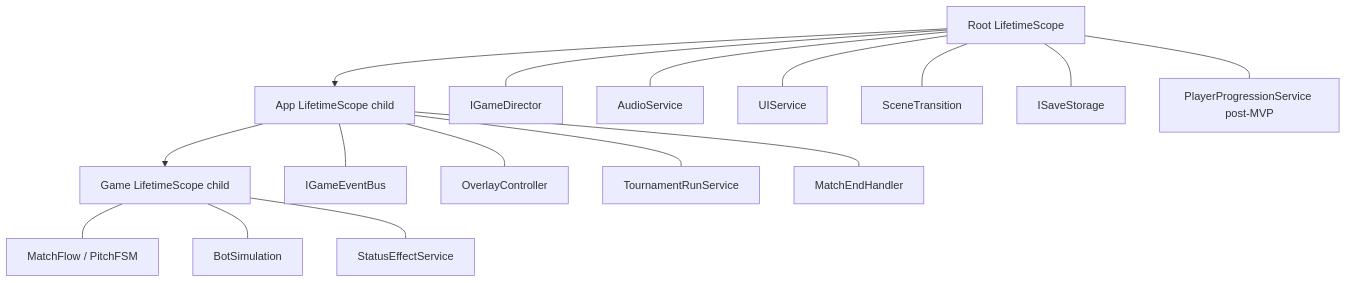
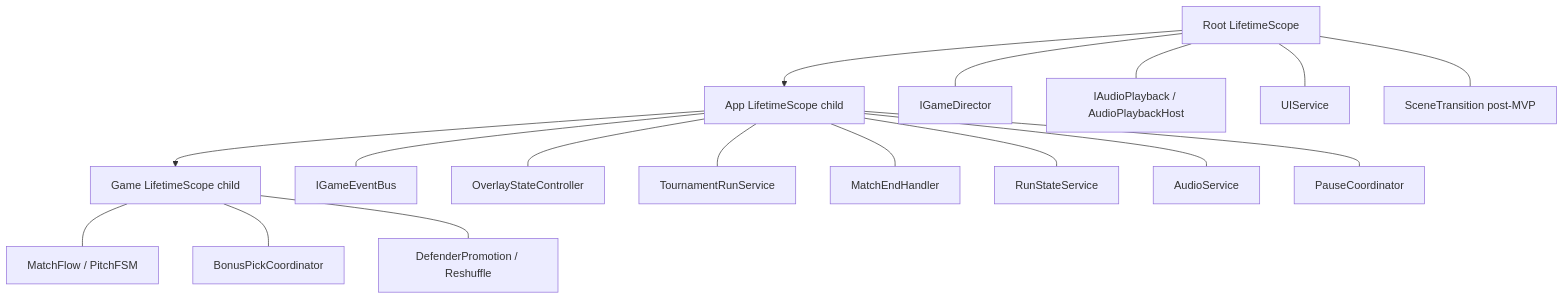
The diagram in Wiki/FutboloidWiki/Архитектура/DI и LifetimeScope.md (DeployChef/Futboloid), drawn with Mermaid before and after one commit. The commit also changed other lines of this file and 18 other files, not shown here.

````diff
--- a/Wiki/FutboloidWiki/Архитектура/DI и LifetimeScope.md
+++ b/Wiki/FutboloidWiki/Архитектура/DI и LifetimeScope.md
@@ -19,25 +19,26 @@
 ```mermaid
 flowchart TB
     Root[Root LifetimeScope]
     App[App LifetimeScope child]
     Game[Game LifetimeScope child]
 
     Root --> App
     App --> Game
 
     Root --- R1[IGameDirector]
-    Root --- R2[AudioService]
+    Root --- R2[IAudioPlayback / AudioPlaybackHost]
     Root --- R3[UIService]
-    Root --- R4[SceneTransition]
-    Root --- R5[ISaveStorage]
-    Root --- R6[PlayerProgressionService post-MVP]
+    Root --- R4[SceneTransition post-MVP]
 
     App --- A1[IGameEventBus]
-    App --- A2[OverlayController]
+    App --- A2[OverlayStateController]
     App --- A3[TournamentRunService]
     App --- A4[MatchEndHandler]
+    App --- A5[RunStateService]
+    App --- A6[AudioService]
+    App --- A7[PauseCoordinator]
 
     Game --- G1[MatchFlow / PitchFSM]
-    Game --- G3[BotSimulation]
-    Game --- G4[StatusEffectService]
+    Game --- G2[BonusPickCoordinator]
+    Game --- G3[DefenderPromotion / Reshuffle]
 ```
````
